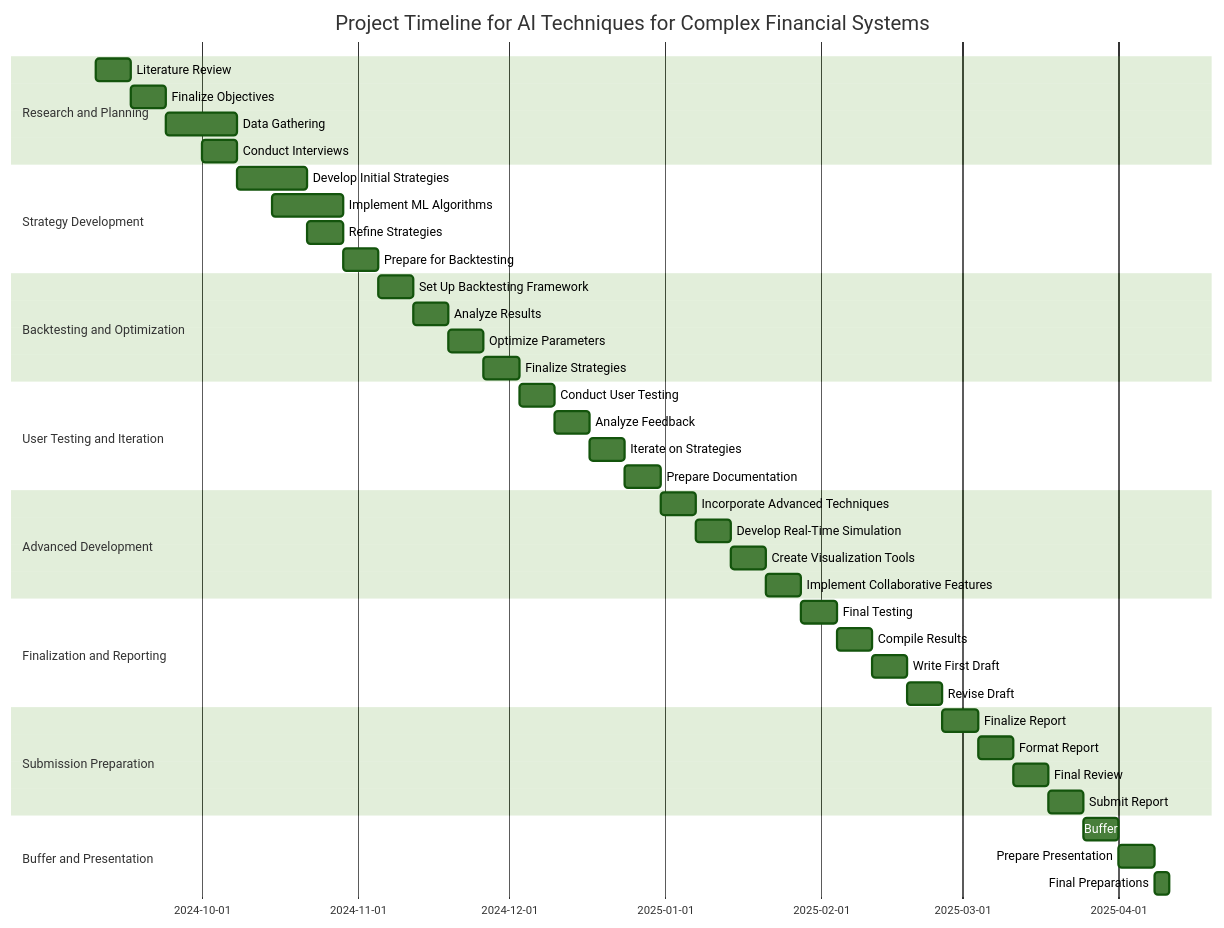
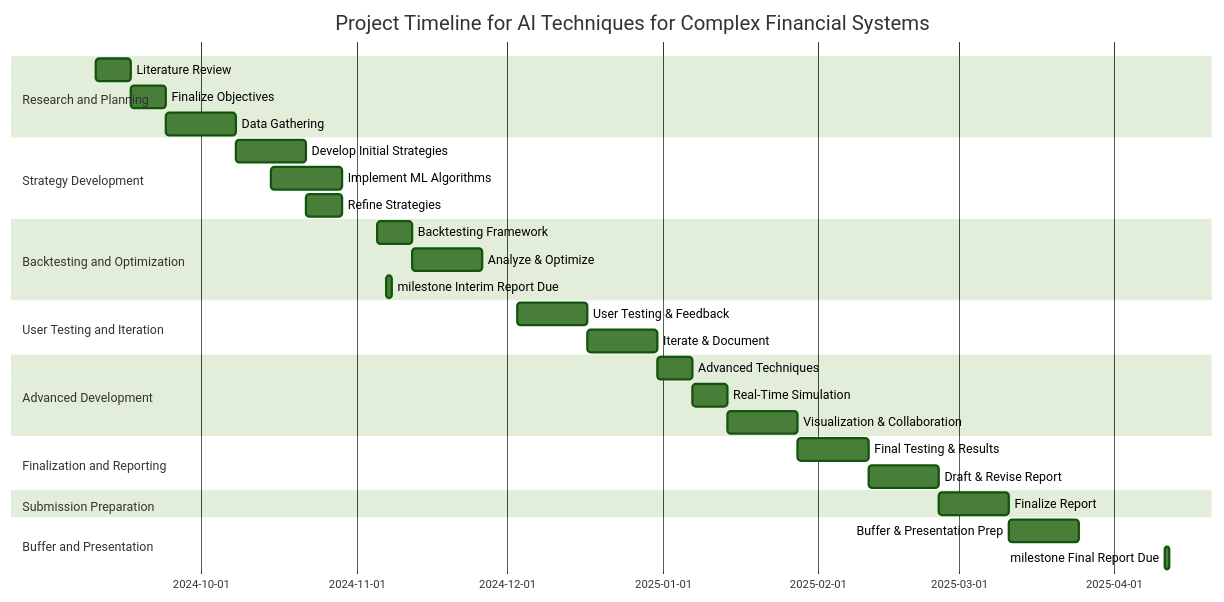
The diagram in project_proposal.md (JSteveT/algorithmic-trading-strategies), drawn with Mermaid (forest theme) before and after one commit. The commit also changed other lines of this file, not shown here.

Commit message:
Refine project proposal objectives and outline resources required

````diff
--- a/project_proposal.md
+++ b/project_proposal.md
@@ -52,51 +47,42 @@
 ```mermaid
 gantt
     title Project Timeline for AI Techniques for Complex Financial Systems
     dateFormat  YYYY-MM-DD
+    
     section Research and Planning
     Literature Review           :a1, 2024-09-10, 7d
     Finalize Objectives         :a2, 2024-09-17, 7d
     Data Gathering              :a3, 2024-09-24, 14d
-    Conduct Interviews          :a4, 2024-10-01, 7d
 
     section Strategy Development
     Develop Initial Strategies  :b1, 2024-10-08, 14d
     Implement ML Algorithms     :b2, 2024-10-15, 14d
     Refine Strategies           :b3, 2024-10-22, 7d
-    Prepare for Backtesting     :b4, 2024-10-29, 7d
 
     section Backtesting and Optimization
-    Set Up Backtesting Framework  :c1, 2024-11-05, 7d
-    Analyze Results               :c2, 2024-11-12, 7d
-    Optimize Parameters           :c3, 2024-11-19, 7d
-    Finalize Strategies           :c4, 2024-11-26, 7d
+    Backtesting Framework       :c1, 2024-11-05, 7d
+    Analyze & Optimize          :c2, 2024-11-12, 14d
+    
+    milestone Interim Report Due: milestone1, 2024-11-07, 1d
 
     section User Testing and Iteration
-    Conduct User Testing        :d1, 2024-12-03, 7d
-    Analyze Feedback            :d2, 2024-12-10, 7d
-    Iterate on Strategies       :d3, 2024-12-17, 7d
-    Prepare Documentation       :d4, 2024-12-24, 7d
+    User Testing & Feedback     :d1, 2024-12-03, 14d
+    Iterate & Document          :d2, 2024-12-17, 14d
 
     section Advanced Development
-    Incorporate Advanced Techniques   :e1, 2024-12-31, 7d
-    Develop Real-Time Simulation      :e2, 2025-01-07, 7d
-    Create Visualization Tools        :e3, 2025-01-14, 7d
-    Implement Collaborative Features  :e4, 2025-01-21, 7d
+    Advanced Techniques         :e1, 2024-12-31, 7d
+    Real-Time Simulation        :e2, 2025-01-07, 7d
+    Visualization & Collaboration: e3, 2025-01-14, 14d
 
     section Finalization and Reporting
-    Final Testing              :f1, 2025-01-28, 7d
-    Compile Results            :f2, 2025-02-04, 7d
-    Write First Draft          :f3, 2025-02-11, 7d
-    Revise Draft               :f4, 2025-02-18, 7d
+    Final Testing & Results     :f1, 2025-01-28, 14d
+    Draft & Revise Report       :f2, 2025-02-11, 14d
 
     section Submission Preparation
-    Finalize Report            :g1, 2025-02-25, 7d
-    Format Report              :g2, 2025-03-04, 7d
-    Final Review               :g3, 2025-03-11, 7d
-    Submit Report              :g4, 2025-03-18, 7d
+    Finalize Report             :g1, 2025-02-25, 14d
+    
+    section Buffer and Presentation
+    Buffer & Presentation Prep  :h1, 2025-03-11, 14d
 
-    section Buffer and Presentation
-    Buffer                     :h1, 2025-03-25, 7d
-    Prepare Presentation       :h2, 2025-04-01, 7d
-    Final Preparations         :h3, 2025-04-08, 3d
+    milestone Final Report Due: milestone2, 2025-04-11, 1d
 ```
````
